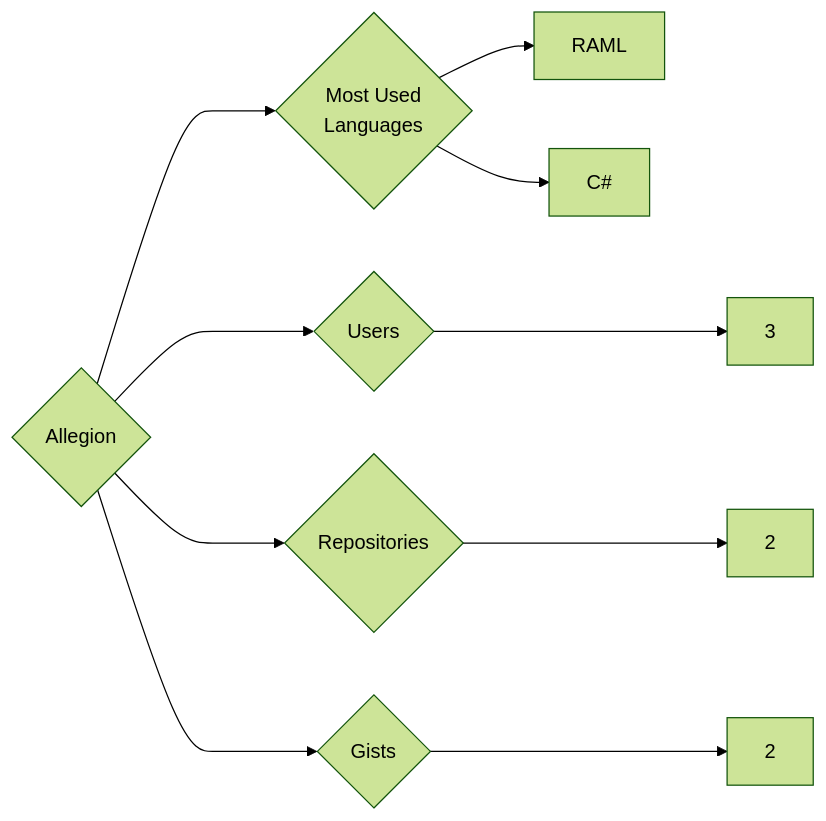
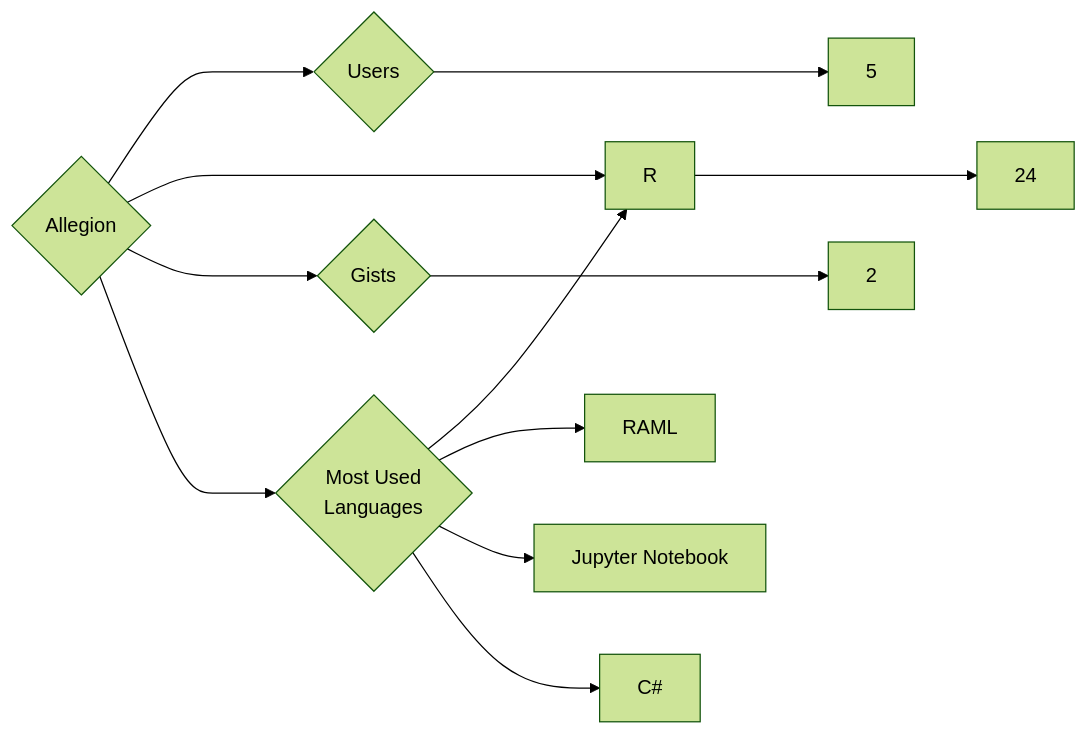
The diagram in targets/Allegion/README.md (trickest/insiders), drawn with Mermaid (forest theme) before and after one commit. The commit also changed 1175 other files, not shown here.

````diff
--- a/targets/Allegion/README.md
+++ b/targets/Allegion/README.md
@@ -3,10 +3,12 @@
 ```mermaid
 graph LR
 COMPANY_NAME{Allegion}
-COMPANY_NAME ---> U{Users} ---> UN[3]
-COMPANY_NAME ---> R{Repositories} ---> RN[2]
+COMPANY_NAME ---> U{Users} ---> UN[5]
+COMPANY_NAME ---> R{Repositories} ---> RN[24]
 COMPANY_NAME ---> G{Gists} ---> GN[2]
 COMPANY_NAME ---> ML{Most Used<br>Languages}
+ML --> R[R]
 ML --> RAML[RAML]
+ML --> Jupyter_Notebook[Jupyter Notebook]
 ML --> C#[C#]
 ```
````
